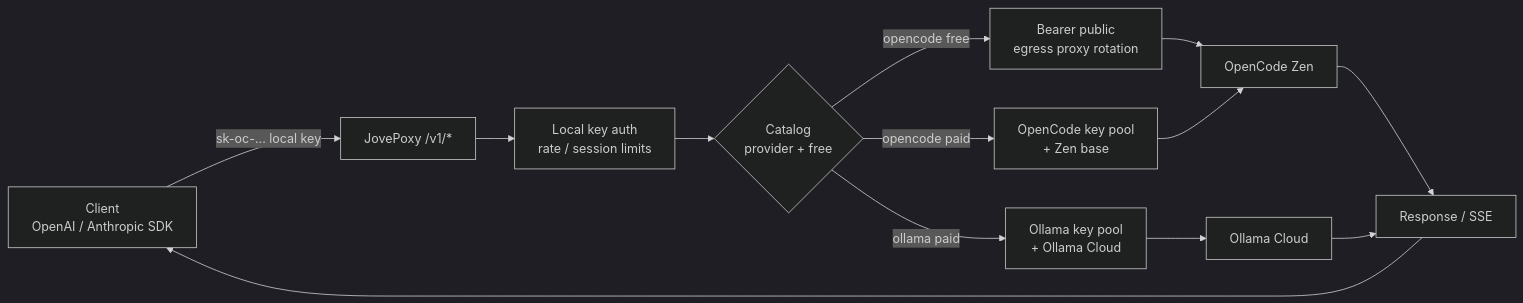
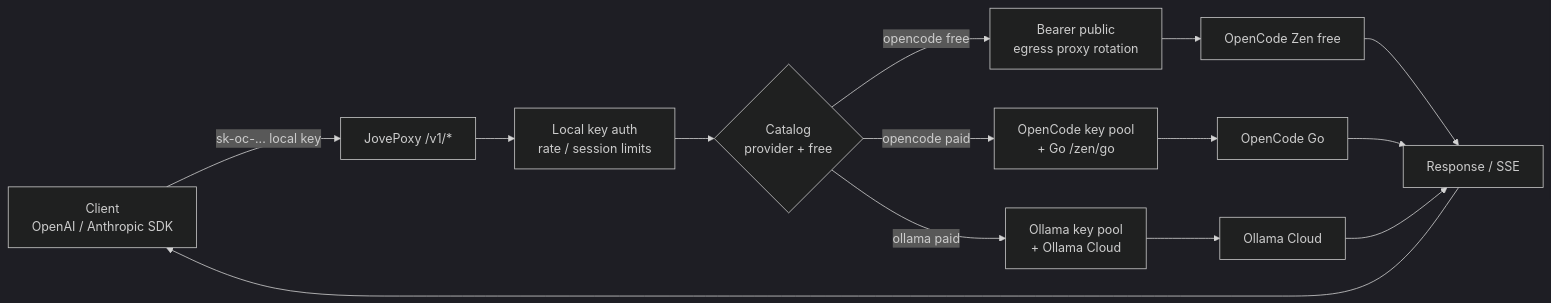
The first of 2 diagrams in README.en.md (jiujiu532/JovePoxy), drawn with Mermaid (dark theme) before and after one commit. The commit also changed other lines of this file and 12 other files, not shown here.

First line of the commit message:
fix: 模型目录对齐 OpenCode Go 与 Ollama Pro 套餐

````diff
--- a/README.en.md
+++ b/README.en.md
@@ -60,15 +60,16 @@
 ```mermaid
 flowchart LR
     CLIENT["Client<br/>OpenAI / Anthropic SDK"] -->|"sk-oc-... local key"| GW["JovePoxy /v1/*"]
     GW --> AUTH["Local key auth<br/>rate / session limits"]
     AUTH --> CATALOG{"Catalog<br/>provider + free"}
     CATALOG -->|opencode free| FREE["Bearer public<br/>egress proxy rotation"]
-    CATALOG -->|opencode paid| PAID_OC["OpenCode key pool<br/>+ Zen base"]
+    CATALOG -->|opencode paid| PAID_OC["OpenCode key pool<br/>+ Go /zen/go"]
     CATALOG -->|ollama paid| PAID_OL["Ollama key pool<br/>+ Ollama Cloud"]
-    FREE --> ZEN["OpenCode Zen"]
-    PAID_OC --> ZEN
+    FREE --> ZEN["OpenCode Zen free"]
+    PAID_OC --> GO["OpenCode Go"]
     PAID_OL --> OLLAMA["Ollama Cloud"]
     ZEN --> RESP["Response / SSE"]
+    GO --> RESP
     OLLAMA --> RESP
     RESP --> CLIENT
 ```
````
